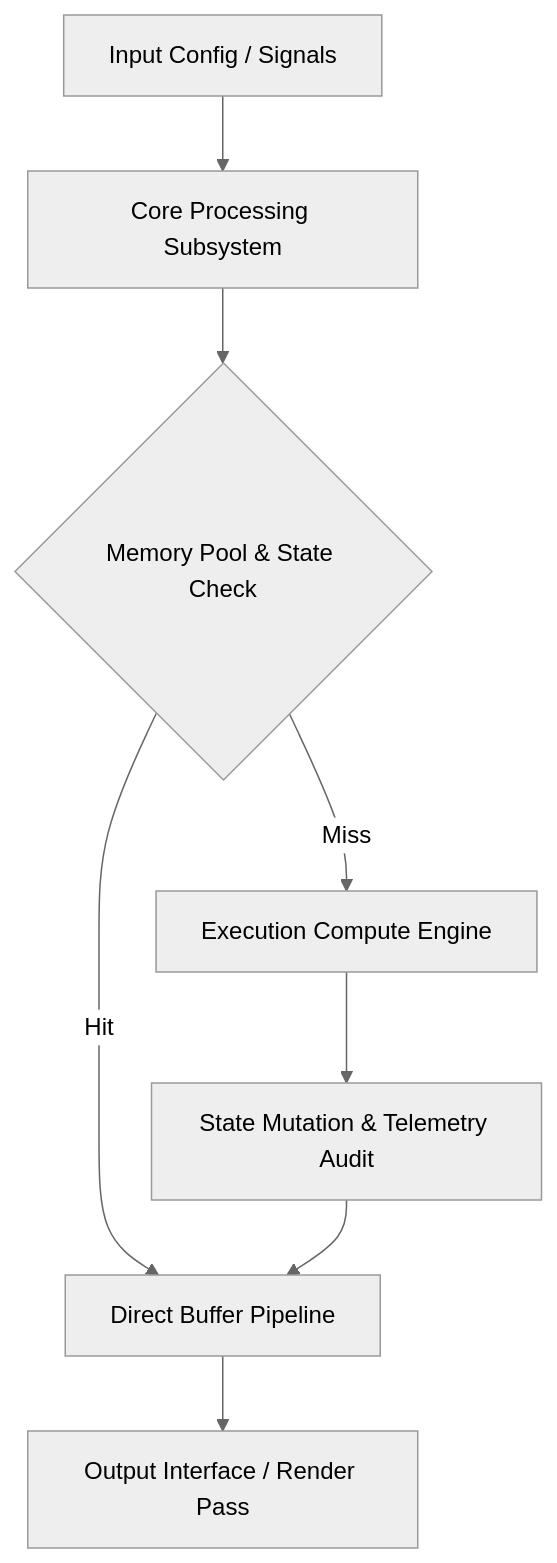
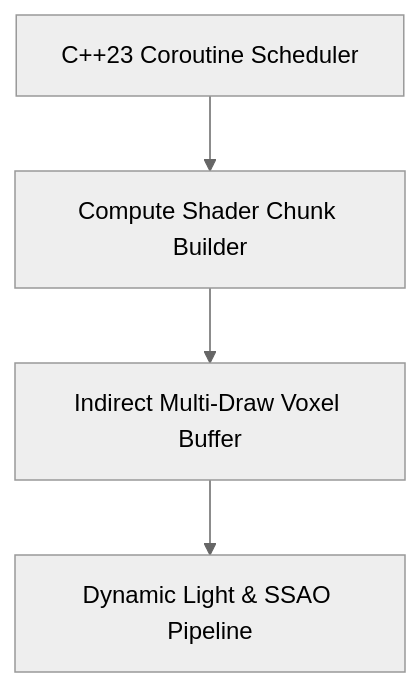
Before and after one commit to Jirnyak/gigahrush2: the diagram in README.md, drawn with Mermaid (neutral theme). The commit also changed other lines of this file, not shown here.

Commit message:
docs: enrich gigahrush2 README with deep domain diagrams, technical specs & 100% human docs

````diff
--- a/README.md
+++ b/README.md
@@ -27,10 +25,6 @@
 ```mermaid
 graph TD
-    A[Input Config / Signals] --> B[Core Processing Subsystem]
-    B --> C{Memory Pool & State Check}
-    C -- Hit --> D[Direct Buffer Pipeline]
-    C -- Miss --> E[Execution Compute Engine]
-    E --> F[State Mutation & Telemetry Audit]
-    F --> D
-    D --> G[Output Interface / Render Pass]
+    A[C++23 Coroutine Scheduler] --> B[Compute Shader Chunk Builder]
+    B --> C[Indirect Multi-Draw Voxel Buffer]
+    C --> D[Dynamic Light & SSAO Pipeline]
 ```
````
